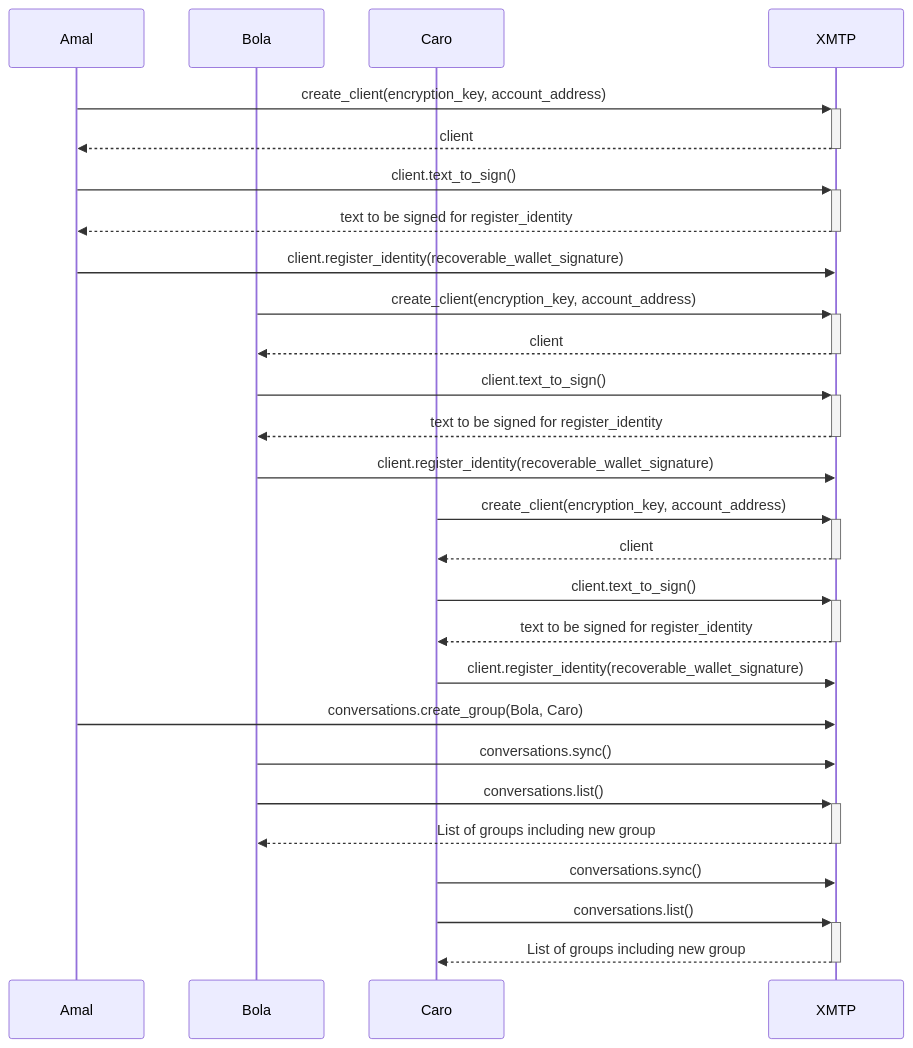
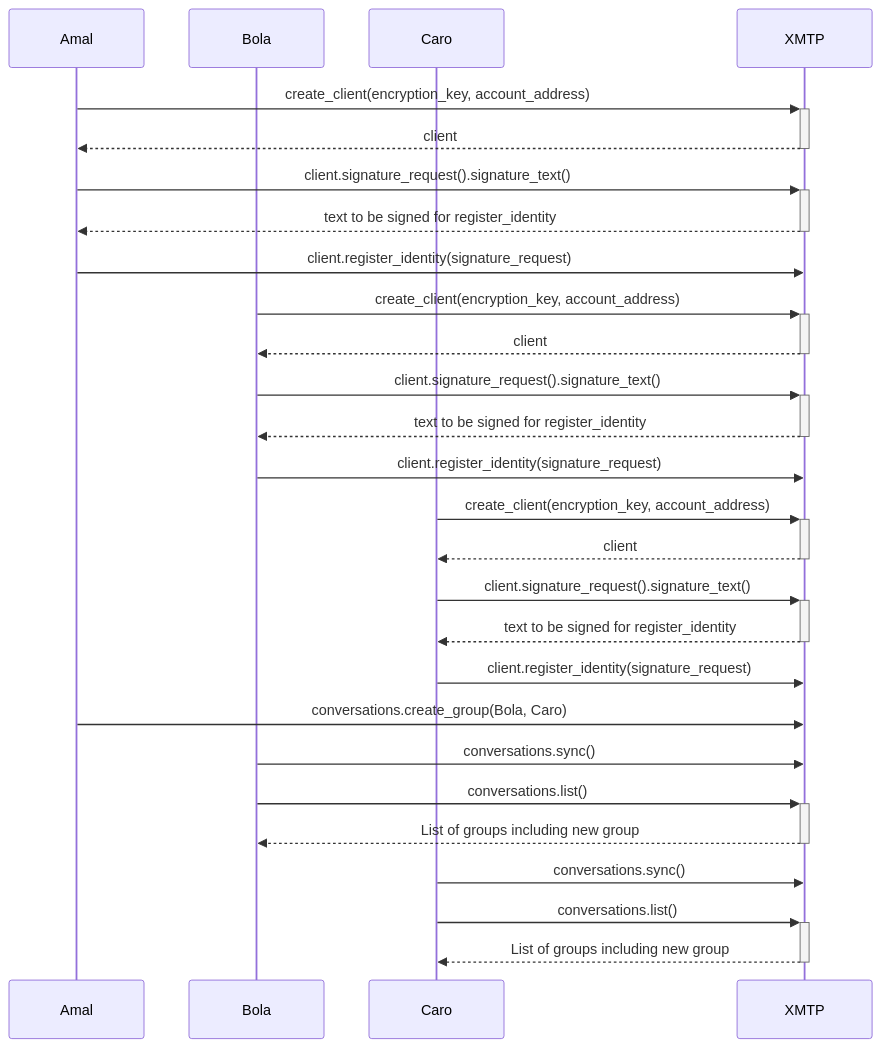
Before and after one commit to xmtp/xmtp-dot-org: the diagram in docs/v3/sequenceDiagram.mermaid, drawn with Mermaid.

Commit message:
Updating sequence diagram per feedback

```diff
--- a/docs/v3/sequenceDiagram.mermaid
+++ b/docs/v3/sequenceDiagram.mermaid
@@ -1,28 +1,28 @@
 sequenceDiagram
     participant Amal
     participant Bola
     participant Caro
     participant XMTP
 
     Amal->>+XMTP: create_client(encryption_key, account_address)
     XMTP-->>-Amal: client
-    Amal->>+XMTP: client.text_to_sign()
+    Amal->>+XMTP: client.signature_request().signature_text()
     XMTP-->>-Amal: text to be signed for register_identity
-    Amal->>XMTP: client.register_identity(recoverable_wallet_signature)
+    Amal->>XMTP: client.register_identity(signature_request)
     Bola->>+XMTP: create_client(encryption_key, account_address)
     XMTP-->>-Bola: client
-    Bola->>+XMTP: client.text_to_sign()
+    Bola->>+XMTP: client.signature_request().signature_text()
     XMTP-->>-Bola: text to be signed for register_identity
-    Bola->>XMTP: client.register_identity(recoverable_wallet_signature)
+    Bola->>XMTP: client.register_identity(signature_request)
     Caro->>+XMTP: create_client(encryption_key, account_address)
     XMTP-->>-Caro: client
-    Caro->>+XMTP: client.text_to_sign()
+    Caro->>+XMTP: client.signature_request().signature_text()
     XMTP-->>-Caro: text to be signed for register_identity
-    Caro->>XMTP: client.register_identity(recoverable_wallet_signature)
+    Caro->>XMTP: client.register_identity(signature_request)
     Amal->>XMTP: conversations.create_group(Bola, Caro)
     Bola->>XMTP: conversations.sync()
     Bola->>+XMTP: conversations.list()
     XMTP-->>-Bola: List of groups including new group
     Caro->>XMTP: conversations.sync()
     Caro->>+XMTP: conversations.list()
     XMTP-->>-Caro: List of groups including new group      
```
